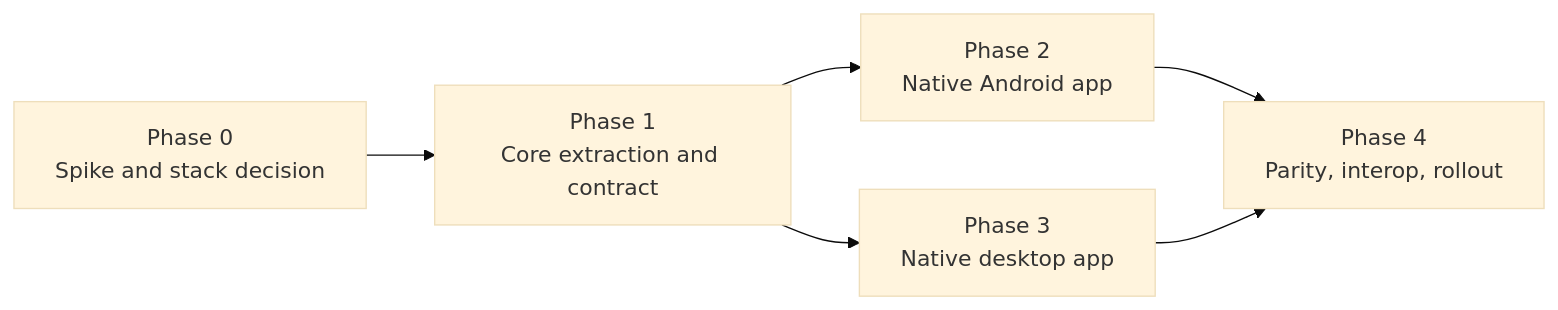
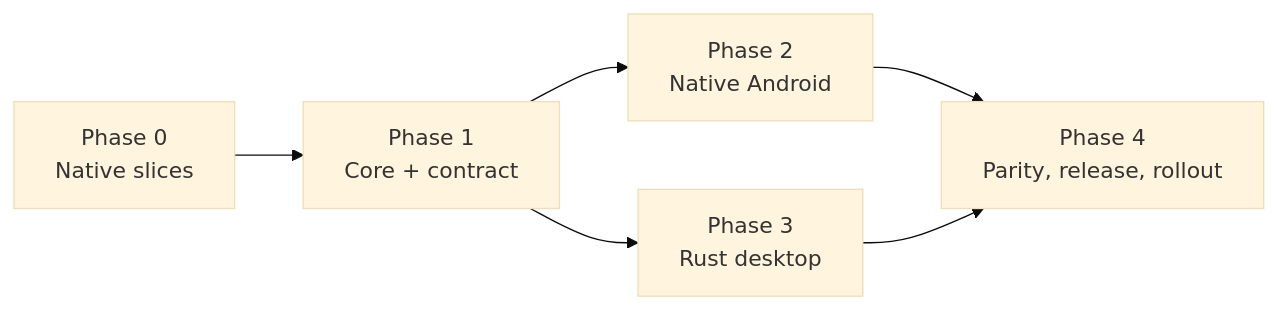
One commit to Pranesh-Selvaraj/Enclave changed the diagram in docs/plans/dedicated-native-apps.md. Above: the diagram before and after it, drawn with Mermaid (base theme). The commit also changed other lines of this file and 287 other files, not shown here.

First line of the commit message:
refactor!: retire the Tauri/Svelte app and make main native-only

````diff
--- a/docs/plans/dedicated-native-apps.md
+++ b/docs/plans/dedicated-native-apps.md
@@ -35,8 +39,8 @@
 ```mermaid
 graph LR
-    P0["Phase 0<br/>Spike and stack decision"] --> P1["Phase 1<br/>Core extraction and contract"]
-    P1 --> P2["Phase 2<br/>Native Android app"]
-    P1 --> P3["Phase 3<br/>Native desktop app"]
-    P2 --> P4["Phase 4<br/>Parity, interop, rollout"]
+    P0["Phase 0<br/>Native slices"] --> P1["Phase 1<br/>Core + contract"]
+    P1 --> P2["Phase 2<br/>Native Android"]
+    P1 --> P3["Phase 3<br/>Rust desktop"]
+    P2 --> P4["Phase 4<br/>Parity, release, rollout"]
     P3 --> P4
 ```
````
